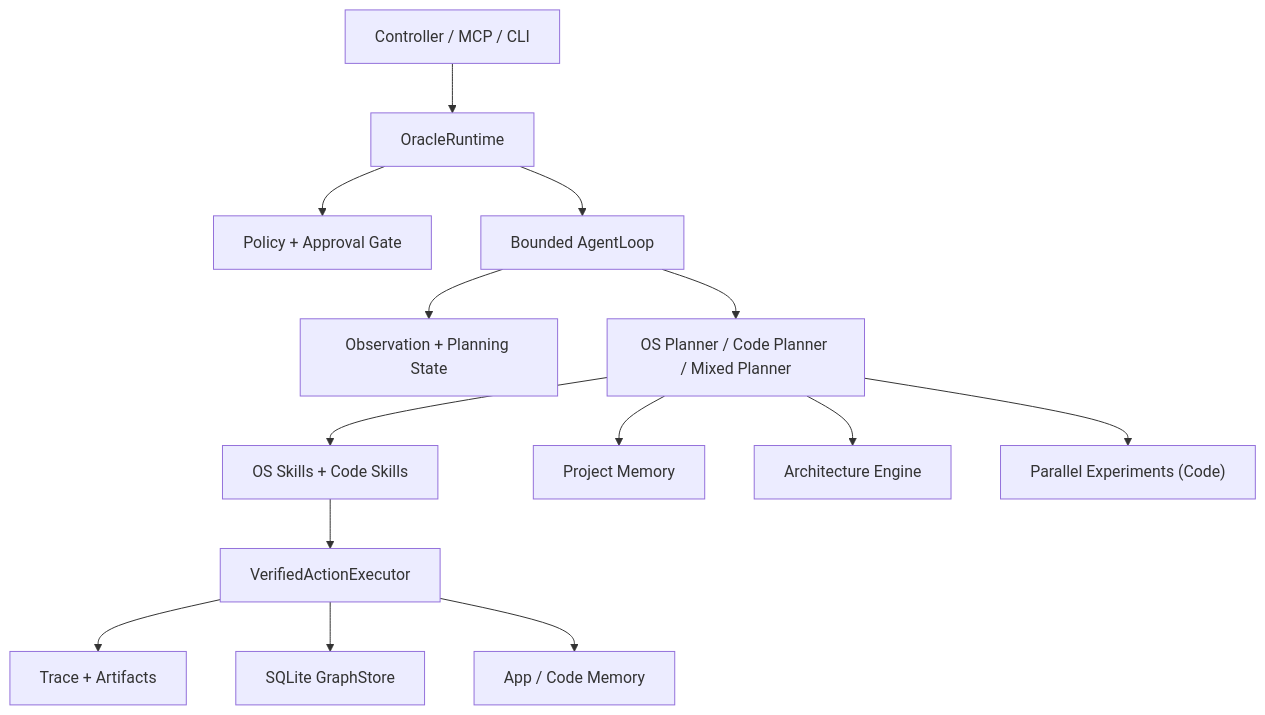
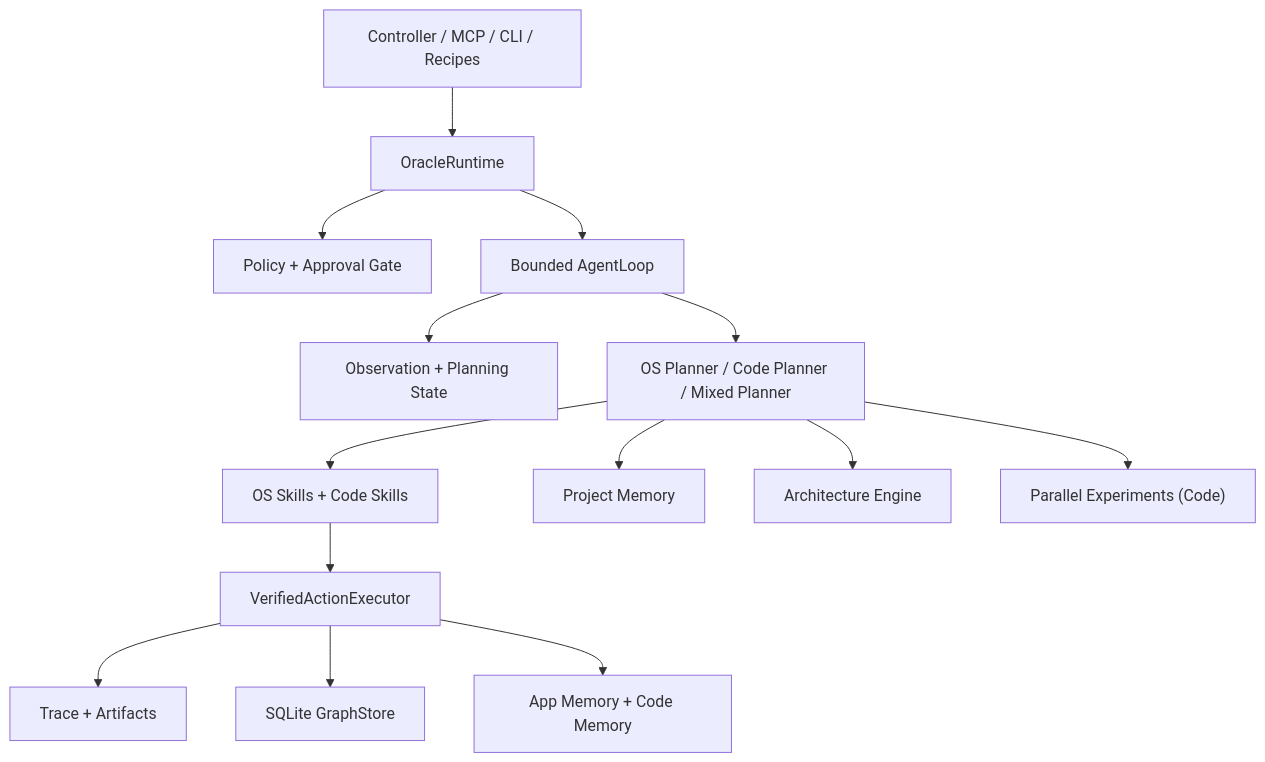
The diagram in README.md (dawsonblock/Oracle-OS), drawn with Mermaid before and after one commit. The commit also changed other lines of this file, not shown here.

````diff
--- a/README.md
+++ b/README.md
@@ -29,16 +113,16 @@
 ```mermaid
 graph TD
-    Surface["Controller / MCP / CLI"] --> Runtime["OracleRuntime"]
+    Surface["Controller / MCP / CLI / Recipes"] --> Runtime["OracleRuntime"]
     Runtime --> Policy["Policy + Approval Gate"]
     Runtime --> Loop["Bounded AgentLoop"]
-    Loop --> Obs["Observation + Planning State"]
+    Loop --> Observation["Observation + Planning State"]
     Loop --> Planner["OS Planner / Code Planner / Mixed Planner"]
     Planner --> Skills["OS Skills + Code Skills"]
     Skills --> Exec["VerifiedActionExecutor"]
     Exec --> Trace["Trace + Artifacts"]
     Exec --> Graph["SQLite GraphStore"]
-    Exec --> Memory["App / Code Memory"]
+    Exec --> Memory["App Memory + Code Memory"]
     Planner --> PM["Project Memory"]
     Planner --> Arch["Architecture Engine"]
     Planner --> Exp["Parallel Experiments (Code)"]
 ```
````
